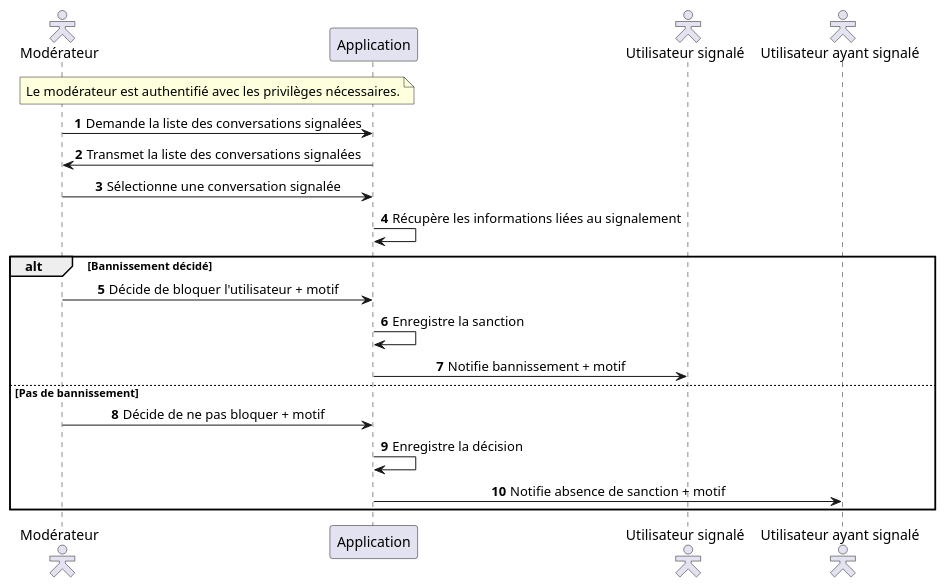
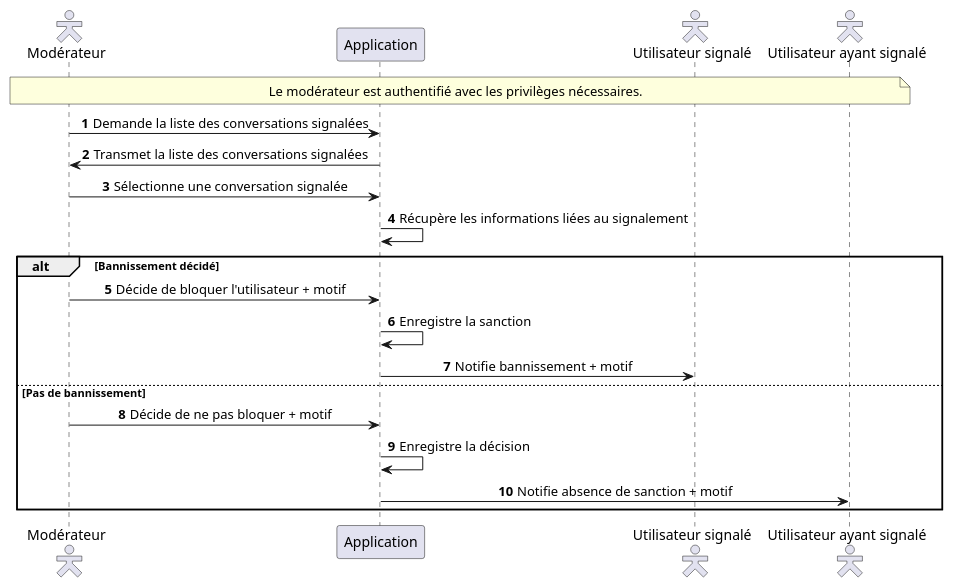
Before and after one commit to MinaroliCorentin/PSO: the diagram in src/Description_des_scenarios_Moderation_sanctionner_un_profil.puml, drawn with PlantUML. The commit also changed 7 other files, not shown here.

```diff
--- a/src/Description_des_scenarios_Moderation_sanctionner_un_profil.puml
+++ b/src/Description_des_scenarios_Moderation_sanctionner_un_profil.puml
@@ -1,30 +1,30 @@
 @startuml
 autonumber
 skinparam sequenceMessageAlign center
 skinparam actorStyle hollow
 
 actor "Modérateur" as mod
 participant "Application" as app
 actor "Utilisateur signalé" as user
 actor "Utilisateur ayant signalé" as reporter
 
-note over mod, app
+note over mod, reporter
 Le modérateur est authentifié avec les privilèges nécessaires.
 end note
 
 mod -> app : Demande la liste des conversations signalées
 app -> mod : Transmet la liste des conversations signalées
 mod -> app : Sélectionne une conversation signalée
 app -> app : Récupère les informations liées au signalement
 
 alt Bannissement décidé
     mod -> app : Décide de bloquer l'utilisateur + motif
     app -> app : Enregistre la sanction
     app -> user : Notifie bannissement + motif
 else Pas de bannissement
     mod -> app : Décide de ne pas bloquer + motif
     app -> app : Enregistre la décision
     app -> reporter : Notifie absence de sanction + motif
 end
 
 @enduml
```
